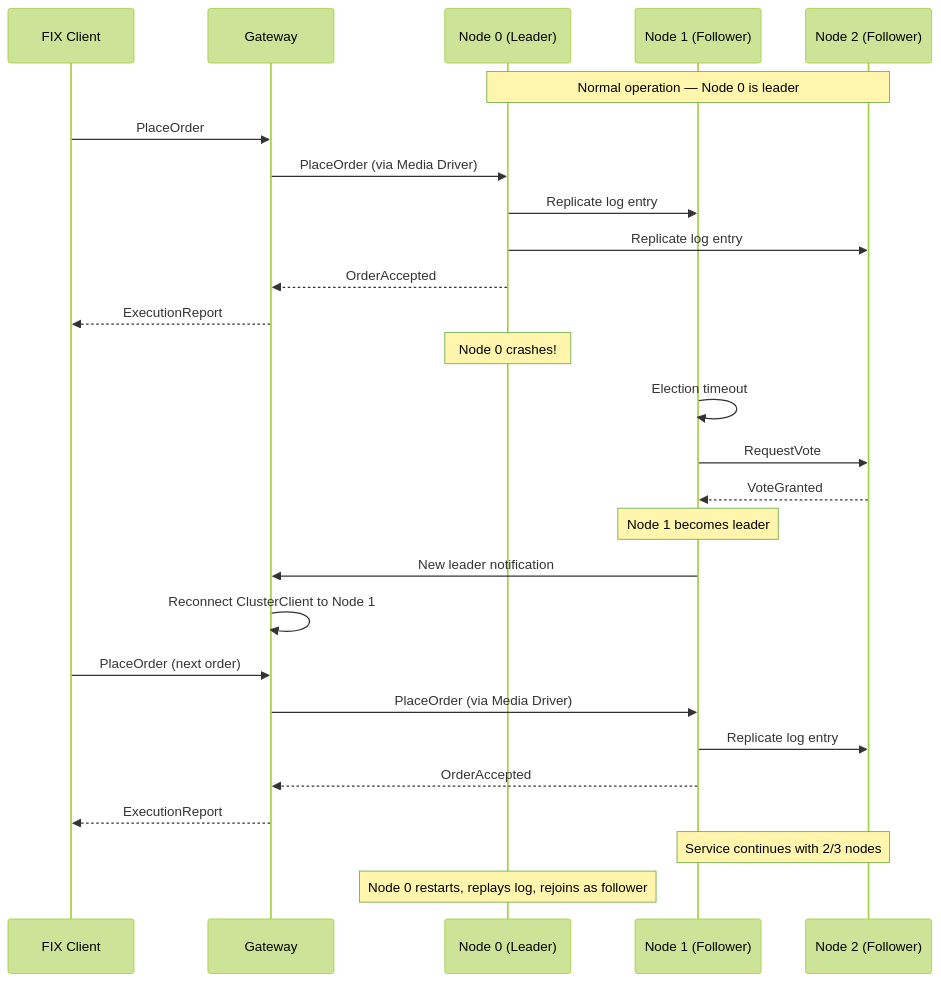
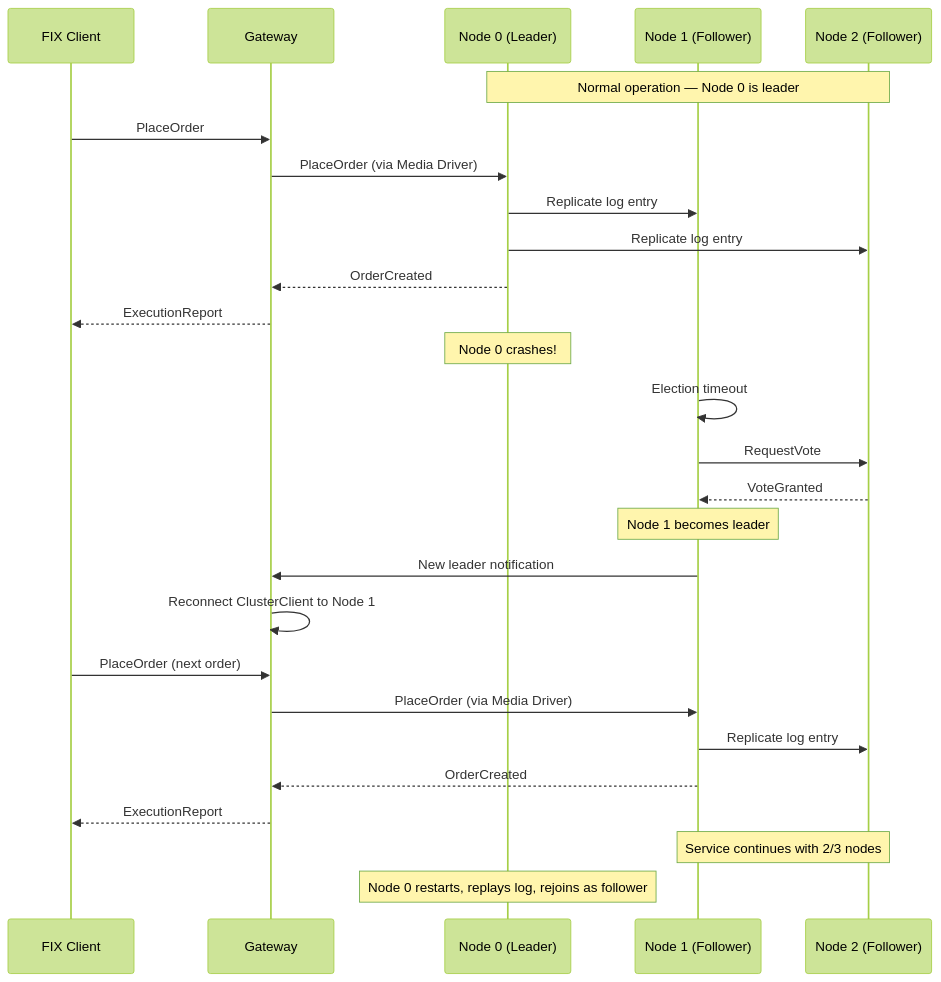
The third of 4 diagrams in docs/sequences.md (jsohi/app-trading-engine), drawn with Mermaid (forest theme) before and after one commit. The commit also changed other lines of this file and 15 other files, not shown here.

````diff
--- a/docs/sequences.md
+++ b/docs/sequences.md
@@ -129,37 +129,37 @@
 ```mermaid
 sequenceDiagram
     participant C as FIX Client
     participant G as Gateway
     participant N0 as Node 0 (Leader)
     participant N1 as Node 1 (Follower)
     participant N2 as Node 2 (Follower)
 
     Note over N0,N2: Normal operation — Node 0 is leader
 
     C->>G: PlaceOrder
     G->>N0: PlaceOrder (via Media Driver)
     N0->>N1: Replicate log entry
     N0->>N2: Replicate log entry
-    N0-->>G: OrderAccepted
+    N0-->>G: OrderCreated
     G-->>C: ExecutionReport
 
     Note over N0: Node 0 crashes!
 
     N1->>N1: Election timeout
     N1->>N2: RequestVote
     N2-->>N1: VoteGranted
 
     Note over N1: Node 1 becomes leader
 
     N1->>G: New leader notification
     G->>G: Reconnect ClusterClient to Node 1
 
     C->>G: PlaceOrder (next order)
     G->>N1: PlaceOrder (via Media Driver)
     N1->>N2: Replicate log entry
-    N1-->>G: OrderAccepted
+    N1-->>G: OrderCreated
     G-->>C: ExecutionReport
 
     Note over N1,N2: Service continues with 2/3 nodes
     Note over N0: Node 0 restarts, replays log, rejoins as follower
 ```
````
